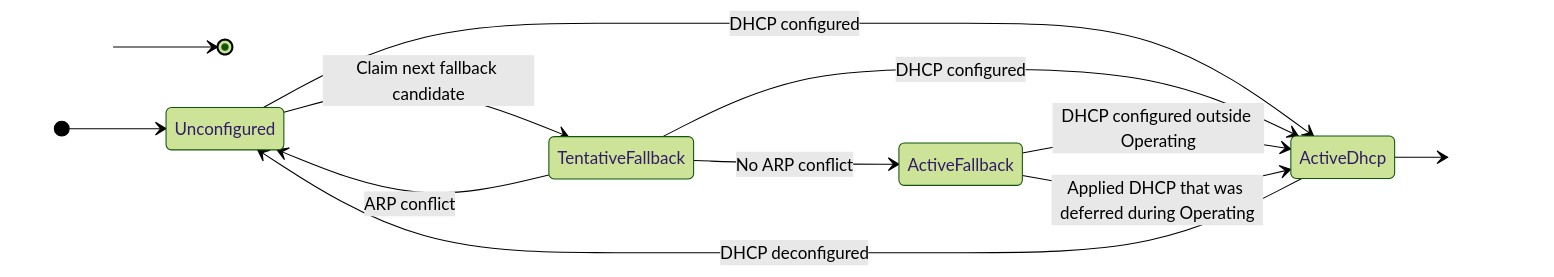
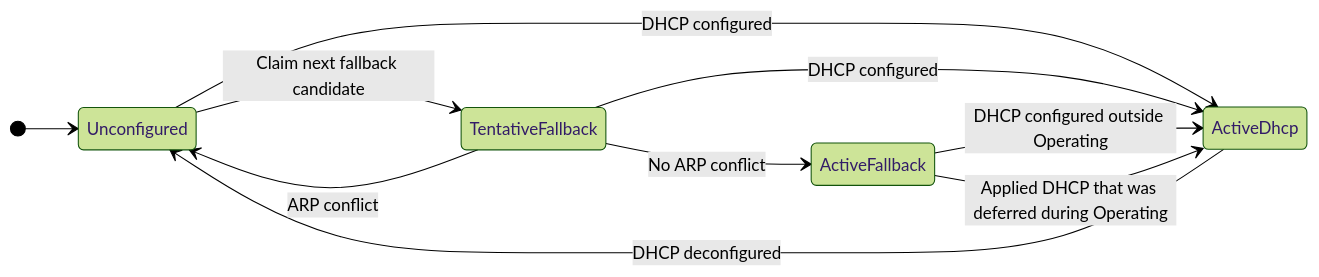
One commit to deimoscontrols/deimos changed the diagram in software/deimos/README.md. Above: the diagram before and after it, drawn with Mermaid (forest theme).

Commit message:
remove invisible spacers that github chooses to render as visible

````diff
--- a/software/deimos/README.md
+++ b/software/deimos/README.md
@@ -183,28 +183,18 @@
 ```mermaid
 stateDiagram-v2
     direction LR
 
-    classDef spacer fill:transparent,stroke:transparent,color:transparent;
-
-    StartSpacer
-    EndSpacer
-
-    StartSpacer --> [*]
     [*] --> Unconfigured
 
     Unconfigured --> TentativeFallback: Claim next fallback candidate
     Unconfigured --> ActiveDhcp: DHCP configured
 
     TentativeFallback --> ActiveFallback: No ARP conflict
     TentativeFallback --> Unconfigured: ARP conflict
     TentativeFallback --> ActiveDhcp: DHCP configured
 
     ActiveFallback --> ActiveDhcp: DHCP configured outside Operating
     ActiveFallback --> ActiveDhcp: Applied DHCP that was deferred during Operating
 
     ActiveDhcp --> Unconfigured: DHCP deconfigured
-    ActiveDhcp --> EndSpacer
-
-    class StartSpacer spacer
-    class EndSpacer spacer
 ```
````
